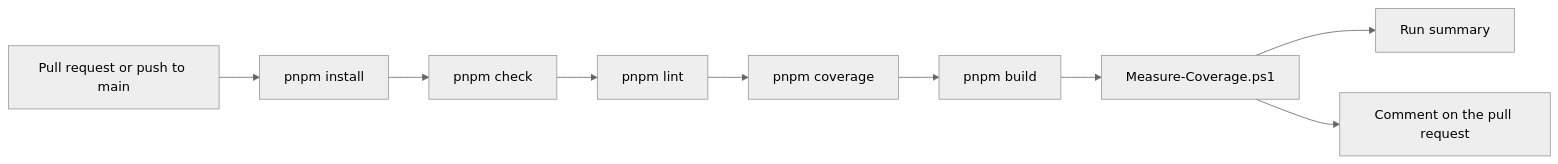
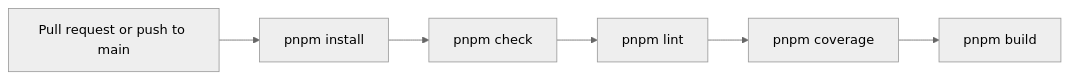
One commit to cristiadu/valheim-dashboard changed diagram 22 of 22 in docs/architecture.md. Above: the diagram before and after it, drawn with Mermaid (neutral theme). The commit also changed other lines of this file and 10 other files, not shown here.

````diff
--- a/docs/architecture.md
+++ b/docs/architecture.md
@@ -576,6 +554,4 @@
 ```mermaid
 flowchart LR
-  pr[Pull request or push to main] --> install[pnpm install] --> check[pnpm check] --> lint[pnpm lint] --> coverage[pnpm coverage] --> build[pnpm build] --> scripts[Measure-Coverage.ps1]
-  scripts --> summary[Run summary]
-  scripts --> comment[Comment on the pull request]
+  pr[Pull request or push to main] --> install[pnpm install] --> check[pnpm check] --> lint[pnpm lint] --> coverage[pnpm coverage] --> build[pnpm build]
 ```
````
